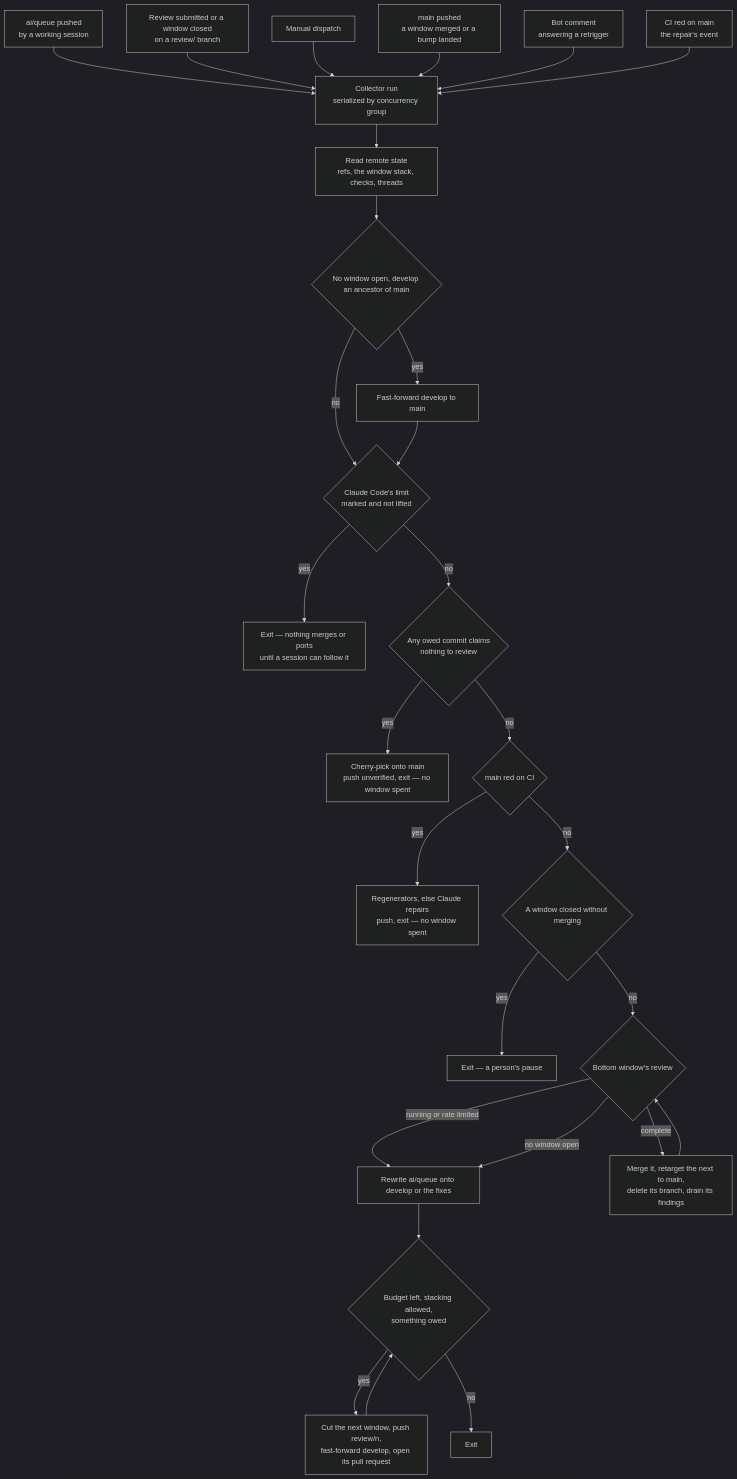
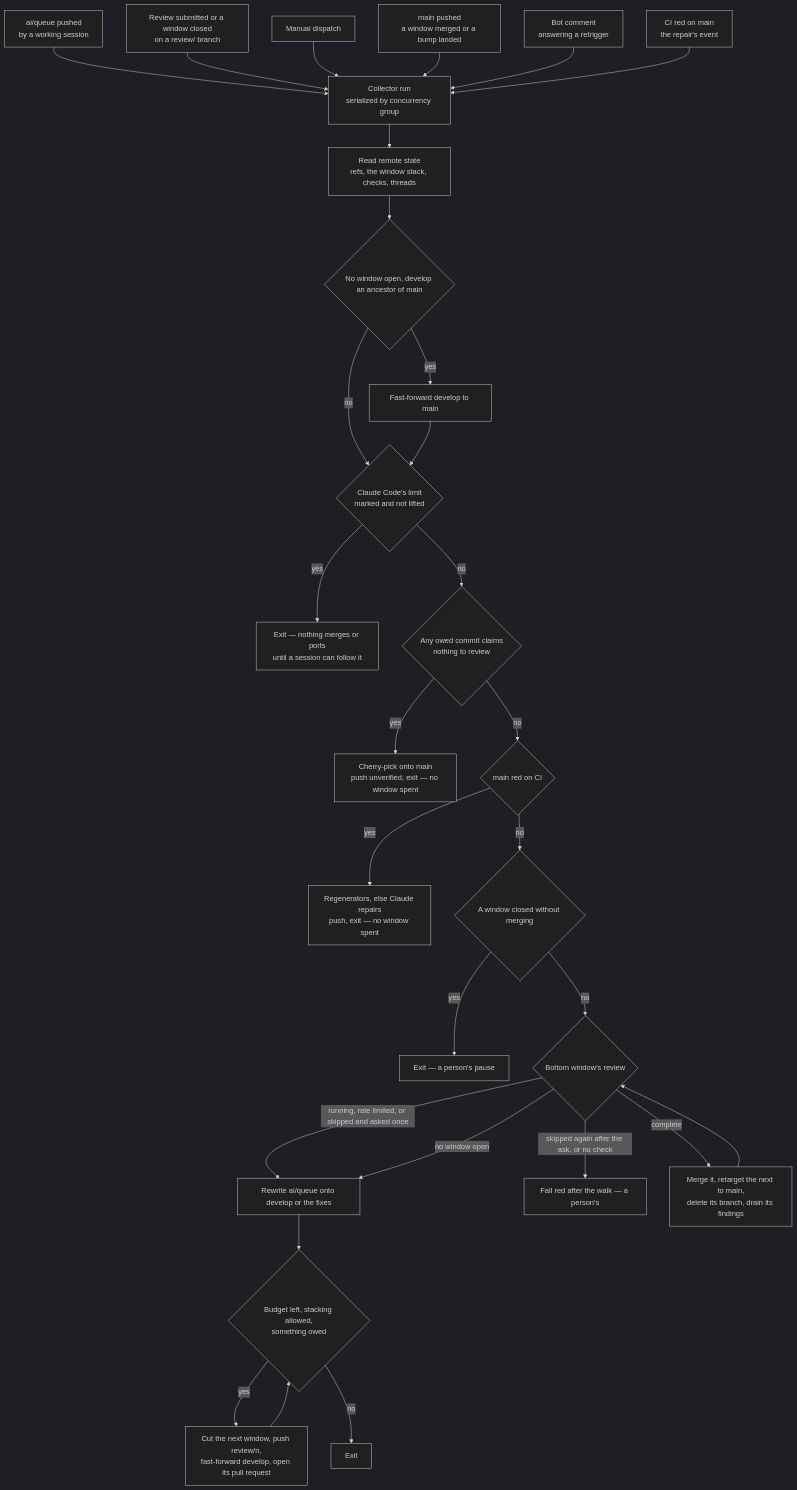
The diagram in apps/web/content/docs/infra/review-collector/index.md (Esposter/Esposter), drawn with Mermaid (dark theme) before and after one commit. The commit also changed 12 other files, not shown here.

First line of the commit message:
fix(scripts): a review the bot skipped is asked for once, and only a repeat skip fails the run, after the rest of the stack is settled

````diff
--- a/apps/web/content/docs/infra/review-collector/index.md
+++ b/apps/web/content/docs/infra/review-collector/index.md
@@ -37,28 +37,29 @@
 ```mermaid
 flowchart TD
   A[ai/queue pushed<br/>by a working session] --> C
   F[Review submitted or a window closed<br/>on a review/ branch] --> C
   D[Manual dispatch] --> C
   MN[main pushed<br/>a window merged or a bump landed] --> C
   CM[Bot comment<br/>answering a retrigger] --> C
   CI[CI red on main<br/>the repair's event] --> C
   C[Collector run<br/>serialized by concurrency group] --> R[Read remote state<br/>refs, the window stack, checks, threads]
   R --> RS{No window open, develop an ancestor of main}
   RS -->|yes| FF[Fast-forward develop to main]
   RS -->|no| LM
   FF --> LM{Claude Code's limit<br/>marked and not lifted}
   LM -->|yes| LX[Exit — nothing merges or ports<br/>until a session can follow it]
   LM -->|no| E{Any owed commit claims<br/>nothing to review}
   E -->|yes| EP[Cherry-pick onto main<br/>push unverified, exit — no window spent]
   E -->|no| MR{main red on CI}
   MR -->|yes| RG[Regenerators, else Claude repairs<br/>push, exit — no window spent]
   MR -->|no| CL{A window closed without merging}
   CL -->|yes| PZ[Exit — a person's pause]
   CL -->|no| BW{Bottom window's review}
-  BW -->|running or rate limited| SY
+  BW -->|running, rate limited, or skipped and asked once| SY
+  BW -->|skipped again after the ask, or no check| RD[Fail red after the walk — a person's]
   BW -->|complete| MG[Merge it, retarget the next to main,<br/>delete its branch, drain its findings] --> BW
   BW -->|no window open| SY
   SY[Rewrite ai/queue onto develop or the fixes] --> OB{Budget left, stacking allowed,<br/>something owed}
   OB -->|yes| W[Cut the next window, push review/n,<br/>fast-forward develop, open its pull request] --> OB
   OB -->|no| X[Exit]
 ```
````
